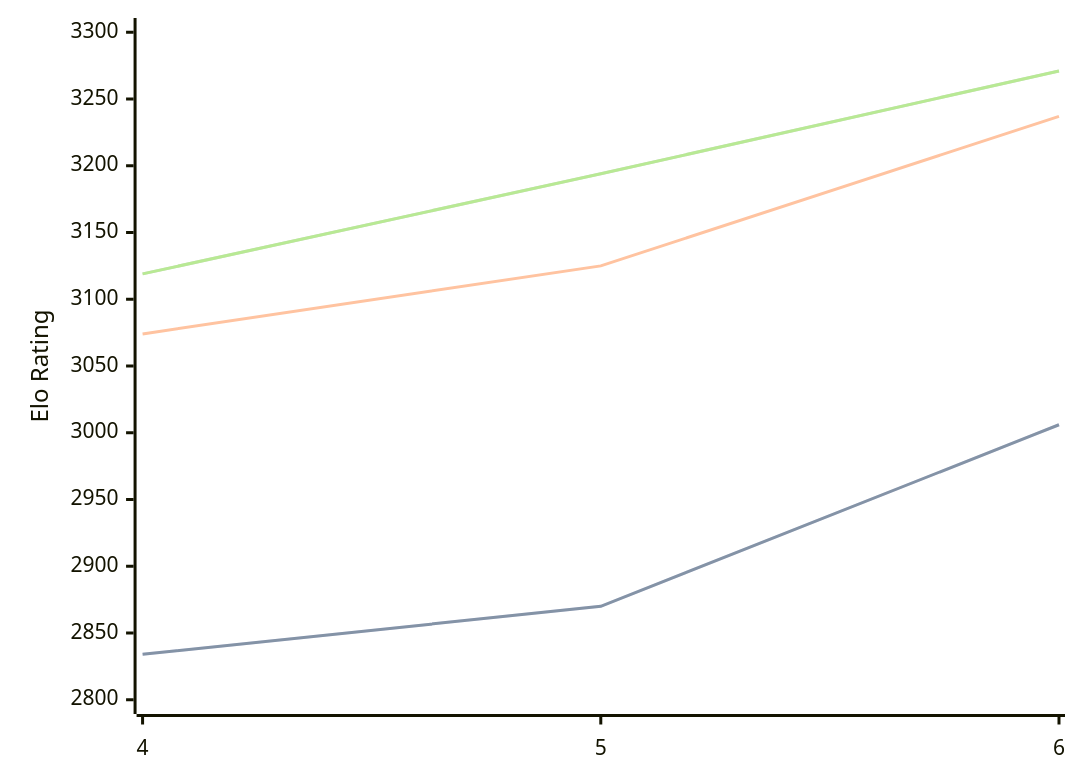
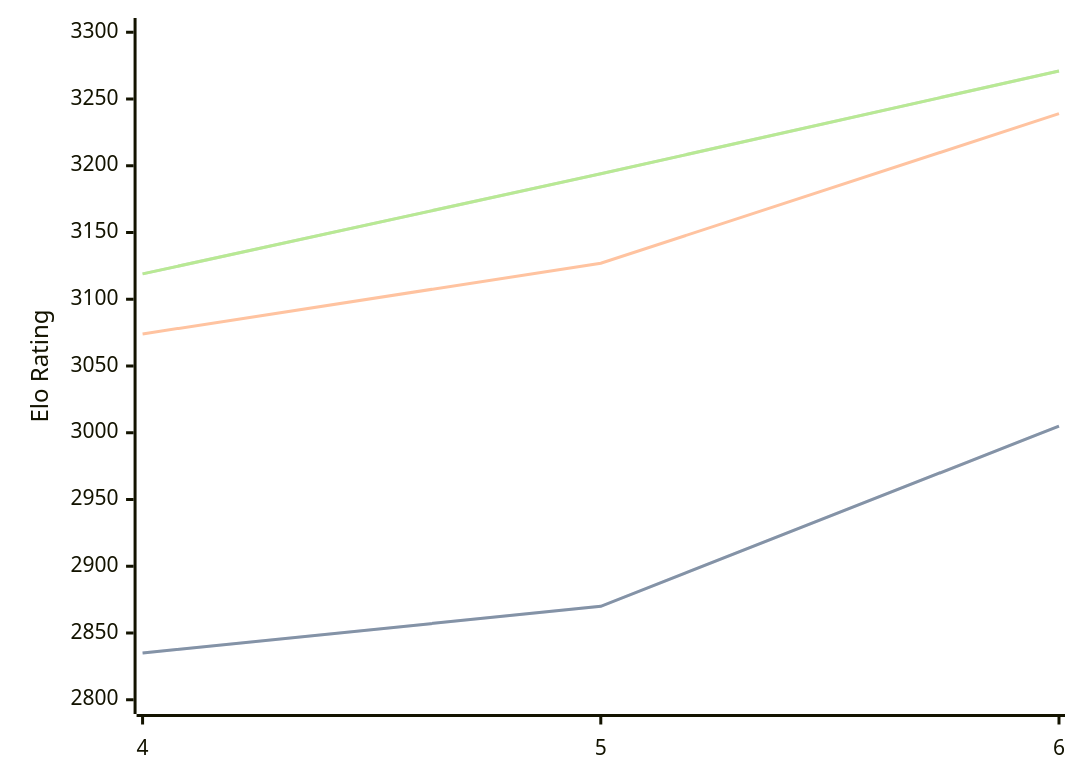
The third of 3 diagrams in engines/Cwtch.md (computer-chess-index/cci), drawn with Mermaid before and after one commit. The commit also changed other lines of this file, not shown here.

````diff
--- a/engines/Cwtch.md
+++ b/engines/Cwtch.md
@@ -69,11 +69,11 @@
 ```mermaid
 %%{init: {"theme":"base","themeVariables":{"seriesColors:['#a3a3a3','#222221','#faa371']}}}%%
 xychart-beta
   x-axis ["4", "5", "6"]
   y-axis "Elo Rating" 2800 --> 3300
-  line "STC (8.0+0.08s)" [2834, 2870, 3006]
-  line "STC (8.0+0.08s)" [2834, 2870, 3006]
-  line "LTC (60.0+0.60s)" [3074, 3125, 3237]
+  line "STC (8.0+0.08s)" [2835, 2870, 3005]
+  line "STC (8.0+0.08s)" [2835, 2870, 3005]
+  line "LTC (60.0+0.60s)" [3074, 3127, 3239]
   line "VLTC (2m24s+1.12s)" [3119, 3194, 3271]
   line "VLTC (2m24s+1.12s)" [3119, 3194, 3271]
 ```
````
